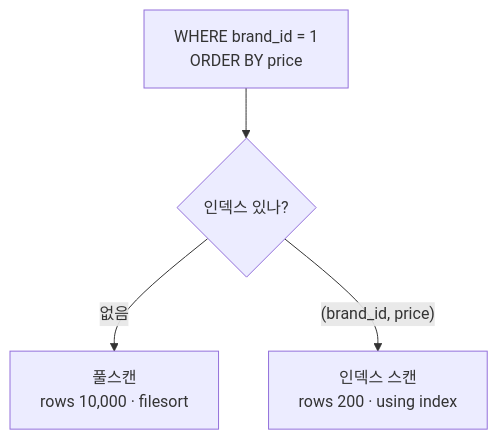
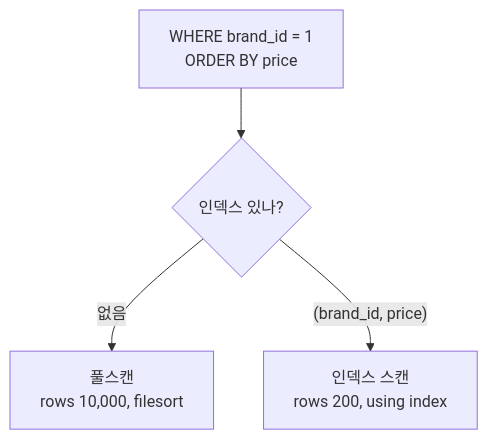
Before and after one commit to Hwasowl/every-dev: the diagram in src/data/content/db-index.md, drawn with Mermaid. The commit also changed 16 other files, not shown here.

````diff
--- a/src/data/content/db-index.md
+++ b/src/data/content/db-index.md
@@ -9,6 +9,6 @@
 ```mermaid
 flowchart TD
     A["WHERE brand_id = 1<br/>ORDER BY price"] --> B{"인덱스 있나?"}
-    B -->|없음| C["풀스캔<br/>rows 10,000 · filesort"]
-    B -->|"(brand_id, price)"| D["인덱스 스캔<br/>rows 200 · using index"]
+    B -->|없음| C["풀스캔<br/>rows 10,000, filesort"]
+    B -->|"(brand_id, price)"| D["인덱스 스캔<br/>rows 200, using index"]
 ```
````
